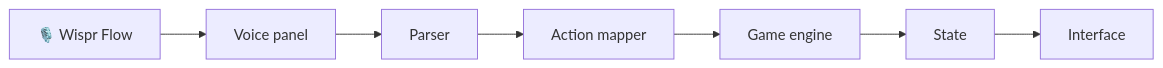
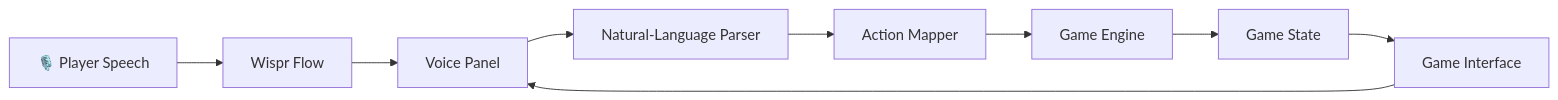
One commit to ShriyaP1966/ExploringGOA-game changed the diagram in README.md. Above: the diagram before and after it, drawn with Mermaid. The commit also changed other lines of this file and 2 other files, not shown here.

Commit message:
Prepare game for deployment

````diff
--- a/README.md
+++ b/README.md
@@ -42,4 +81,11 @@
 ```mermaid
 flowchart LR
-    A["🎙️ Wispr Flow"] --> B["Voice panel"] --> C["Parser"] --> D["Action mapper"] --> E["Game engine"] --> F["State"] --> G["Interface"]
+    A["🎙️ Player Speech"] --> B["Wispr Flow"]
+    B --> C["Voice Panel"]
+    C --> D["Natural-Language Parser"]
+    D --> E["Action Mapper"]
+    E --> F["Game Engine"]
+    F --> G["Game State"]
+    G --> H["Game Interface"]
+    H --> C
 ```
````
